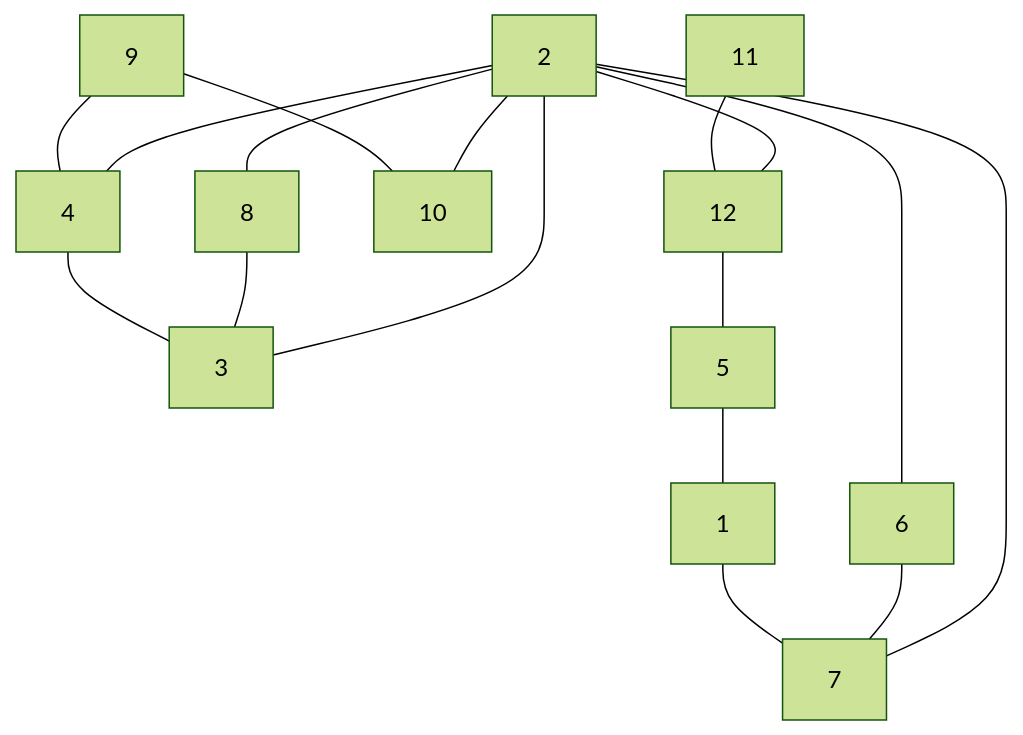
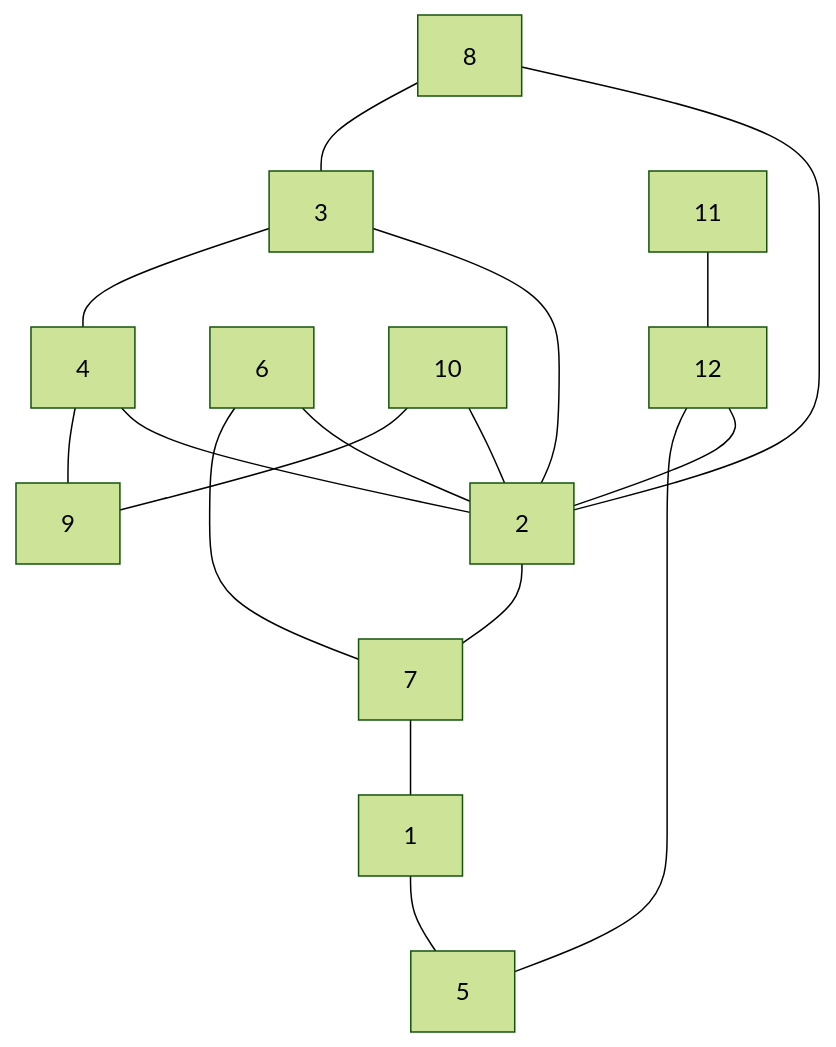
The diagram in README.md (antononcube/Raku-Graph), drawn with Mermaid (forest theme) before and after one commit. The commit also changed other lines of this file and 1 other file, not shown here.

Commit message:
docs:Marked TODO items.

````diff
--- a/README.md
+++ b/README.md
@@ -146,19 +146,19 @@
 ```mermaid
 graph TD
-2 --- 7
-2 --- 4
-2 --- 8
-2 --- 3
-2 --- 10
-2 --- 12
-2 --- 6
+8 --- 3
+8 --- 2
 11 --- 12
 6 --- 7
+6 --- 2
+3 --- 4
+3 --- 2
+4 --- 9
+4 --- 2
 12 --- 5
-9 --- 4
-9 --- 10
-8 --- 3
-5 --- 1
-4 --- 3
-1 --- 7
+12 --- 2
+10 --- 9
+10 --- 2
+2 --- 7
+7 --- 1
+1 --- 5
 ```
````
